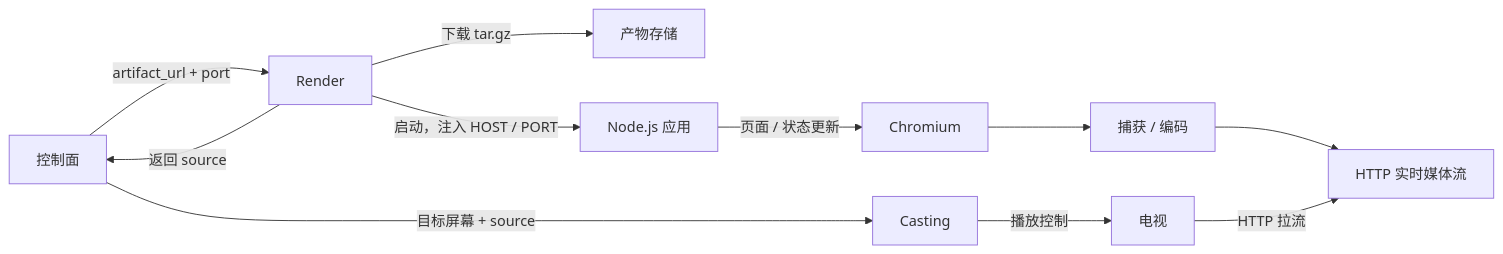
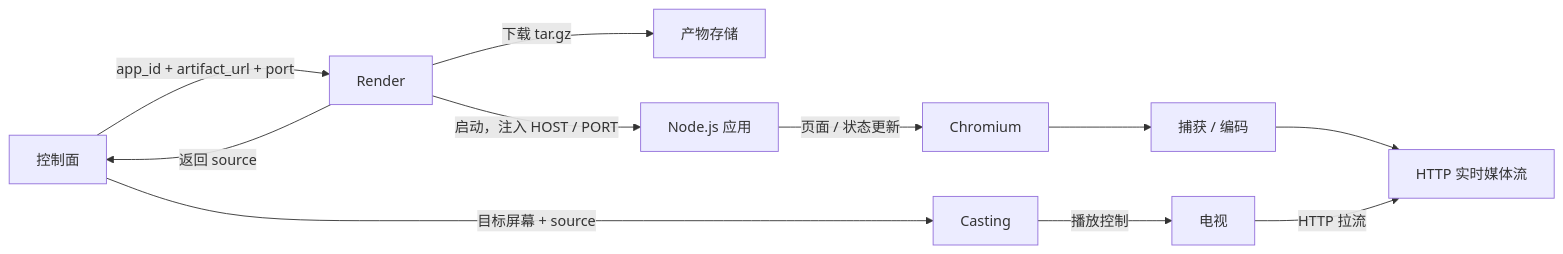
The diagram in docs/render.md (open-anywhere/open-anywhere), drawn with Mermaid before and after one commit. The commit also changed other lines of this file, not shown here.

Commit message:
docs: Render 启动与实例信息关联控制面 app_id

````diff
--- a/docs/render.md
+++ b/docs/render.md
@@ -23,13 +23,13 @@
 ```mermaid
 flowchart LR
-  C[控制面] -->|artifact_url + port| R[Render]
+  C[控制面] -->|app_id + artifact_url + port| R[Render]
   R -->|下载 tar.gz| A[产物存储]
   R -->|启动，注入 HOST / PORT| N[Node.js 应用]
   N -->|页面 / 状态更新| B[Chromium]
   B --> F[捕获 / 编码]
   F --> S[HTTP 实时媒体流]
   R -->|返回 source| C
   C -->|目标屏幕 + source| P[Casting]
   P -->|播放控制| T[电视]
   T -->|HTTP 拉流| S
 ```
````
